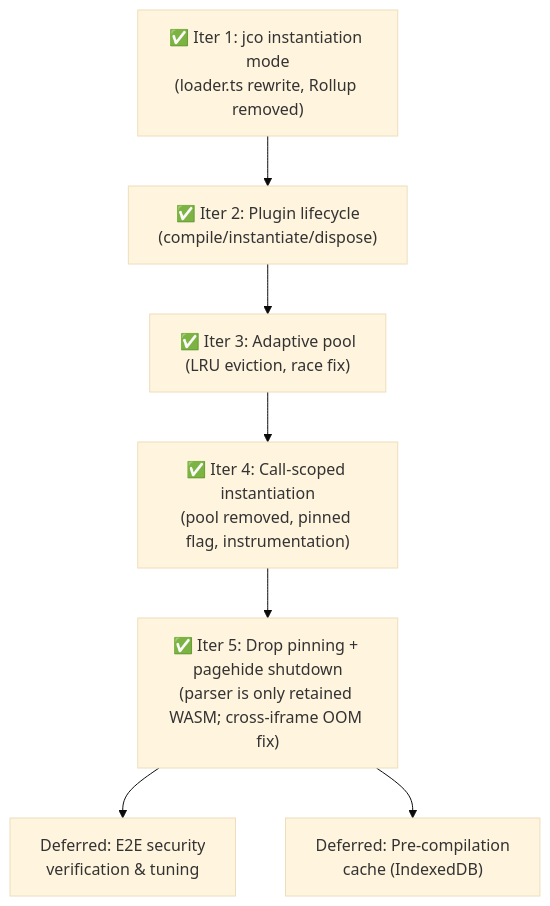
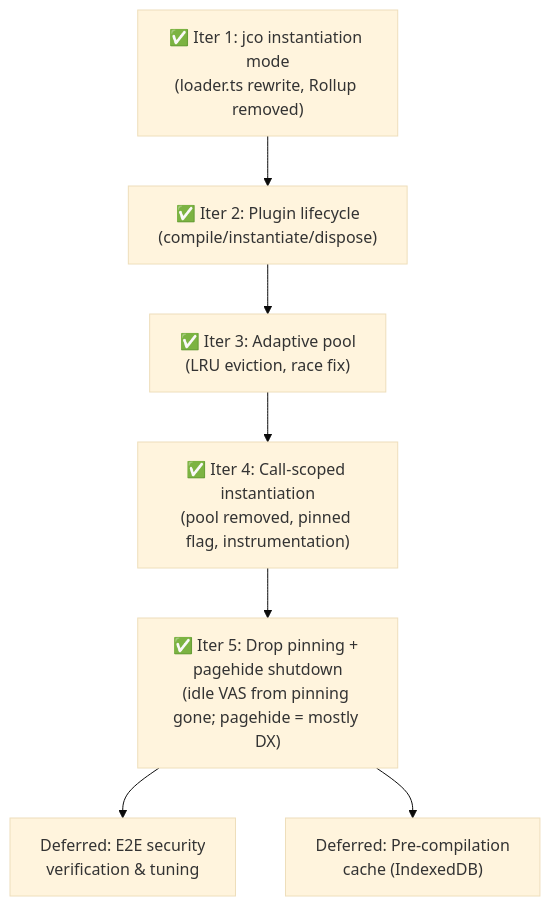
One commit to gofractally/psibase changed the second of 2 diagrams in wasm-plugin-memory-plan.md. Above: the diagram before and after it, drawn with Mermaid (base theme). The commit also changed other lines of this file and 5 other files, not shown here.

Commit message:
final comment updates related to Supervisor iframe shutdowns and their relationship to the Wasm Instantiate Memory issue

````diff
--- a/wasm-plugin-memory-plan.md
+++ b/wasm-plugin-memory-plan.md
@@ -264,9 +266,9 @@
 ```mermaid
 flowchart TD
     I1["✅ Iter 1: jco instantiation mode\n(loader.ts rewrite, Rollup removed)"] --> I2["✅ Iter 2: Plugin lifecycle\n(compile/instantiate/dispose)"]
     I2 --> I3["✅ Iter 3: Adaptive pool\n(LRU eviction, race fix)"]
     I3 --> I4["✅ Iter 4: Call-scoped instantiation\n(pool removed, pinned flag, instrumentation)"]
-    I4 --> I5["✅ Iter 5: Drop pinning + pagehide shutdown\n(parser is only retained WASM; cross-iframe OOM fix)"]
+    I4 --> I5["✅ Iter 5: Drop pinning + pagehide shutdown\n(idle VAS from pinning gone; pagehide = mostly DX)"]
     I5 --> D1["Deferred: E2E security\nverification & tuning"]
     I5 --> D2["Deferred: Pre-compilation\ncache (IndexedDB)"]
 ```
````
